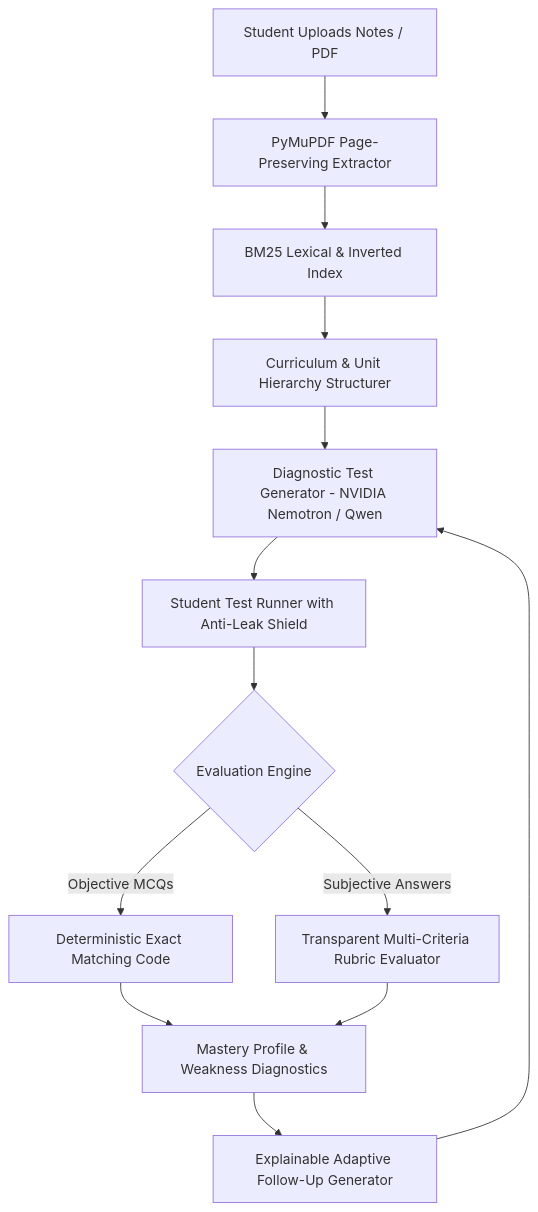
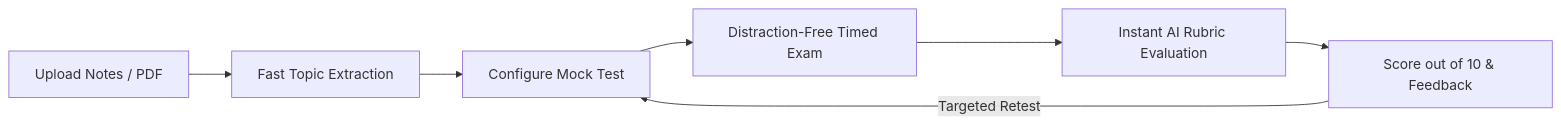
One commit to sahil24raj/ExamLoop changed the diagram in README.md. Above: the diagram before and after it, drawn with Mermaid. The commit also changed other lines of this file and 1 other file, not shown here.

````diff
--- a/README.md
+++ b/README.md
@@ -62,15 +67,9 @@
 ```mermaid
-graph TD
-    A[Student Uploads Notes / PDF] --> B[PyMuPDF Page-Preserving Extractor]
-    B --> C[BM25 Lexical & Inverted Index]
-    C --> D[Curriculum & Unit Hierarchy Structurer]
-    D --> E[Diagnostic Test Generator - NVIDIA Nemotron / Qwen]
-    E --> F[Student Test Runner with Anti-Leak Shield]
-    F --> G{Evaluation Engine}
-    G -->|Objective MCQs| H[Deterministic Exact Matching Code]
-    G -->|Subjective Answers| I[Transparent Multi-Criteria Rubric Evaluator]
-    H --> J[Mastery Profile & Weakness Diagnostics]
-    I --> J
-    J --> K[Explainable Adaptive Follow-Up Generator]
-    K --> E
+graph LR
+    A[Upload Notes / PDF] --> B[Fast Topic Extraction]
+    B --> C[Configure Mock Test]
+    C --> D[Distraction-Free Timed Exam]
+    D --> E[Instant AI Rubric Evaluation]
+    E --> F[Score out of 10 & Feedback]
+    F -->|Targeted Retest| C
 ```
````
